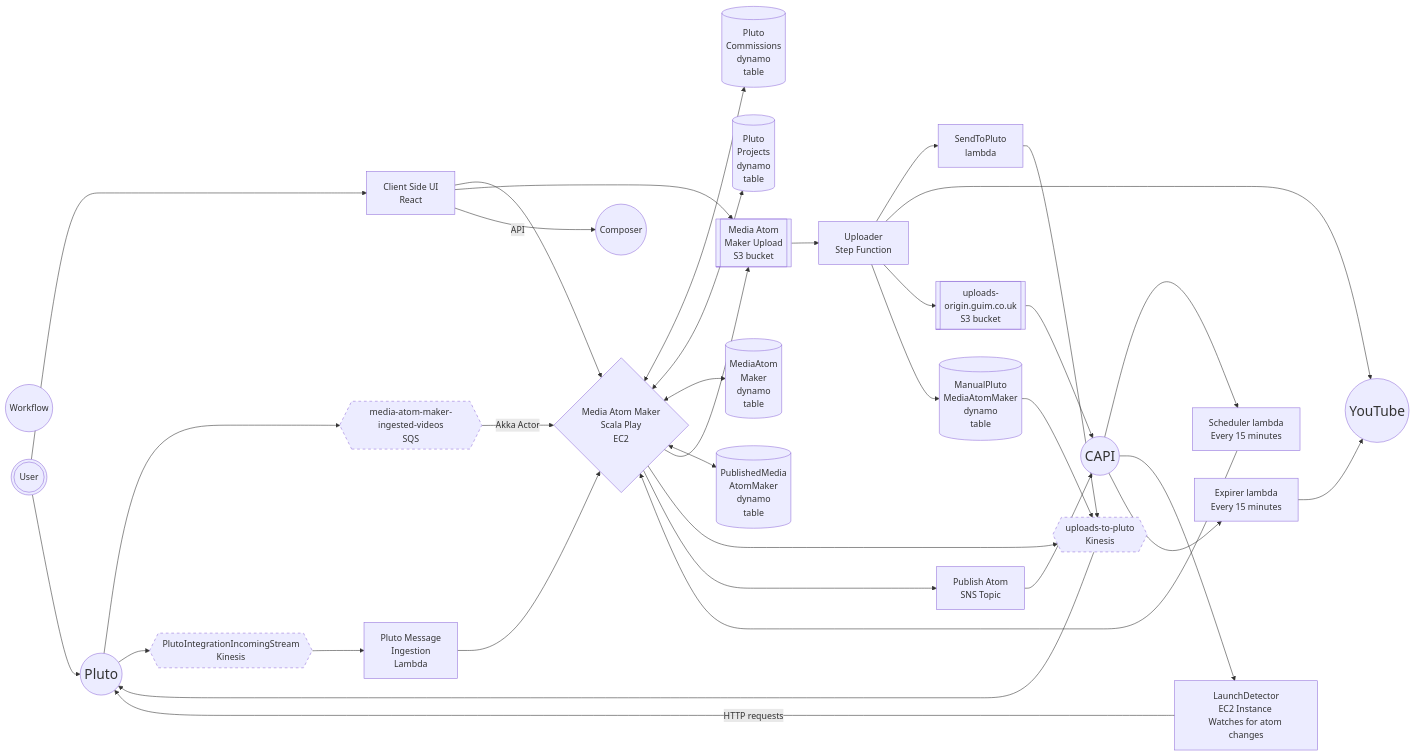
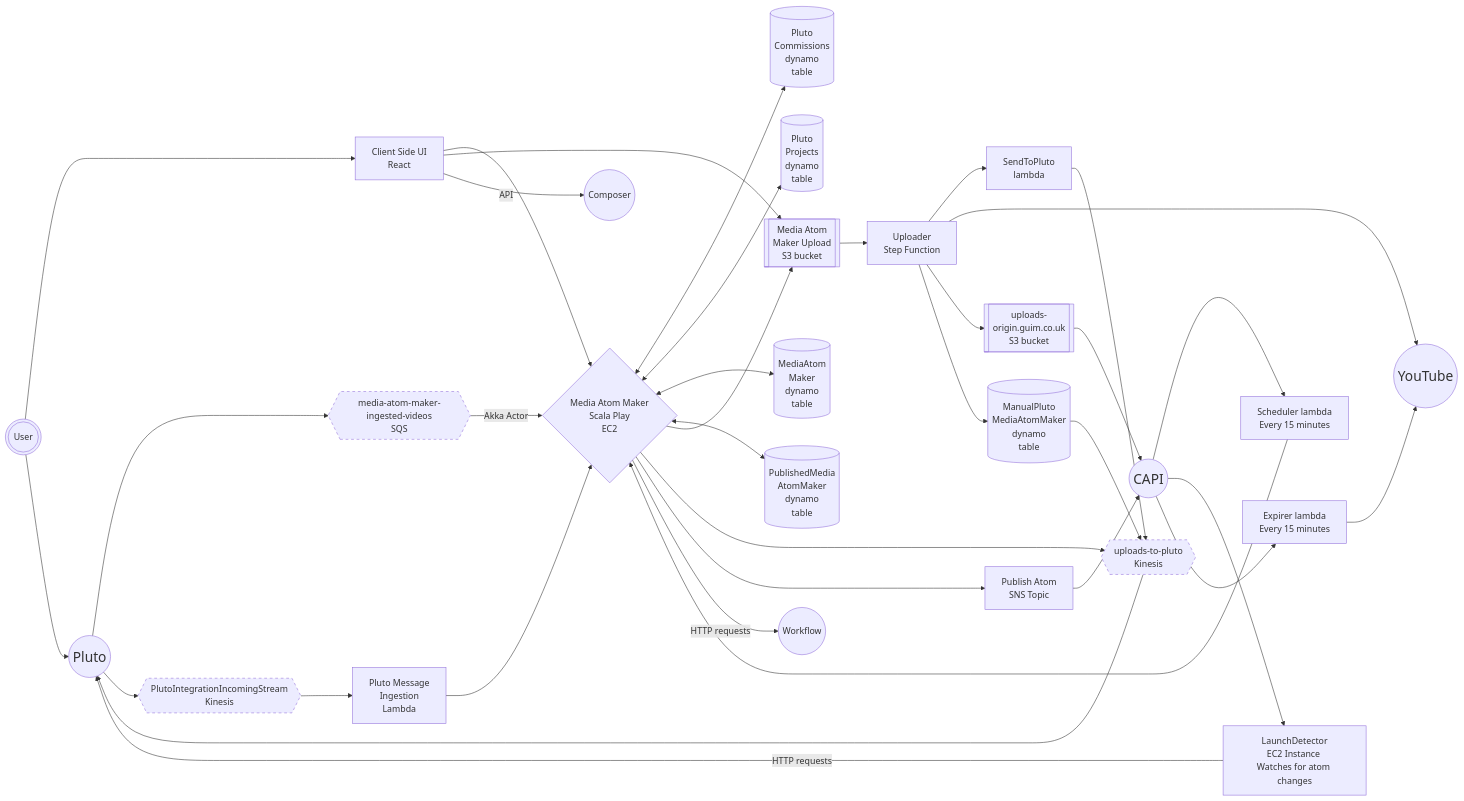
The diagram in docs/10-architecture.md (guardian/media-atom-maker), drawn with Mermaid before and after one commit.

Commit message:
Add line from MediaAtomMaker to Workflow

````diff
--- a/docs/10-architecture.md
+++ b/docs/10-architecture.md
@@ -5,51 +5,52 @@
 ```mermaid
 graph LR
     Pluto((Pluto)):::External
     YouTube((YouTube)):::External
     CAPI((CAPI)):::External
     Composer((Composer))
     Workflow((Workflow))
     uploads-to-pluto{{uploads-to-pluto<br/>Kinesis}}:::Stream
     media-atom-maker-ingested-videos{{media-atom-maker-ingested-videos<br/>SQS}}:::Stream
     PlutoIntegrationIncomingStream{{PlutoIntegrationIncomingStream<br/>Kinesis}}:::Stream
     uploads-to-pluto --> Pluto
     Pluto --> media-atom-maker-ingested-videos
     Pluto --> PlutoIntegrationIncomingStream
     SendToPluto[SendToPluto<br/>lambda] --> uploads-to-pluto
     media-atom-maker-ingested-videos -->|Akka Actor| MediaAtomMaker{Media Atom Maker<br/>Scala Play<br/>EC2}
     PlutoIntegrationIncomingStream --> PlutoMessage[Pluto Message<br/>Ingestion<br/>Lambda]
     PlutoMessage --> MediaAtomMaker
     MediaAtomMaker <--> PlutoCommissions[(Pluto<br/>Commissions<br/>dynamo<br/>table)]
     MediaAtomMaker <--> PlutoProjects[(Pluto<br/>Projects<br/>dynamo<br/>table)]
     MediaAtomMaker <--> MediaAtomMakerProd[(MediaAtom<br/>Maker<br/>dynamo<br/>table)]
     MediaAtomMaker <--> PublishedMedia[(PublishedMedia<br/>AtomMaker<br/>dynamo<br/>table)]
     MediaAtomMaker --> MediaAtomMakerUpload[[Media Atom<br/>Maker Upload<br/>S3 bucket]]
     MediaAtomMaker --> uploads-to-pluto
     User(((User)))
     User --> ClientSide
     User --> Pluto
     ClientSide[Client Side UI<br/>React<br/>]
     ClientSide --> MediaAtomMaker
     ClientSide --> MediaAtomMakerUpload
     ClientSide -->|API| Composer
     MediaAtomMakerUpload --> Uploader
     Uploader[Uploader<br/>Step Function]
     Uploader --> SendToPluto
     Uploader --> YouTube
     Uploader --> UploadsOrigin[[uploads-<br/>origin.guim.co.uk<br/>S3 bucket]]
     Uploader --> ManualPluto[(ManualPluto<br/>MediaAtomMaker<br/>dynamo<br/>table)]
     ManualPluto --> uploads-to-pluto
     UploadsOrigin --> CAPI
     MediaAtomMaker --> PublishAtom[Publish Atom<br/>SNS Topic]
     Scheduler[Scheduler lambda<br/>Every 15 minutes]
     Scheduler --> MediaAtomMaker
     CAPI --> Scheduler
     CAPI --> LaunchDetector[LaunchDetector<br/>EC2 Instance <br/>Watches for atom changes]
     LaunchDetector -->|HTTP requests| Pluto
     PublishAtom --> CAPI
     Expirer[Expirer lambda<br/>Every 15 minutes]
     CAPI --> Expirer
     Expirer --> YouTube
+    MediaAtomMaker -->|HTTP requests| Workflow
     classDef External padding: 50px, width: 200px, font-size: 25px
     classDef Stream stroke-dasharray: 5 5
 ```
````
